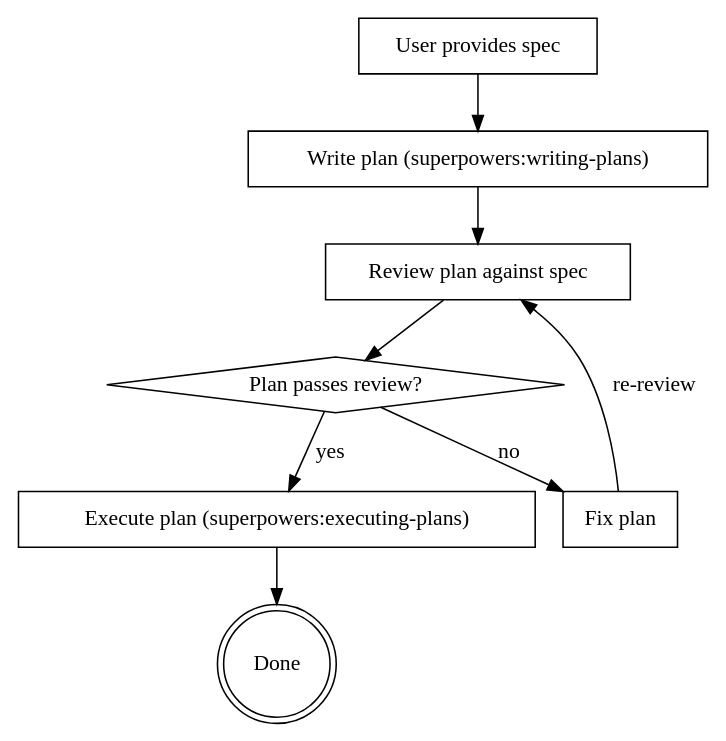
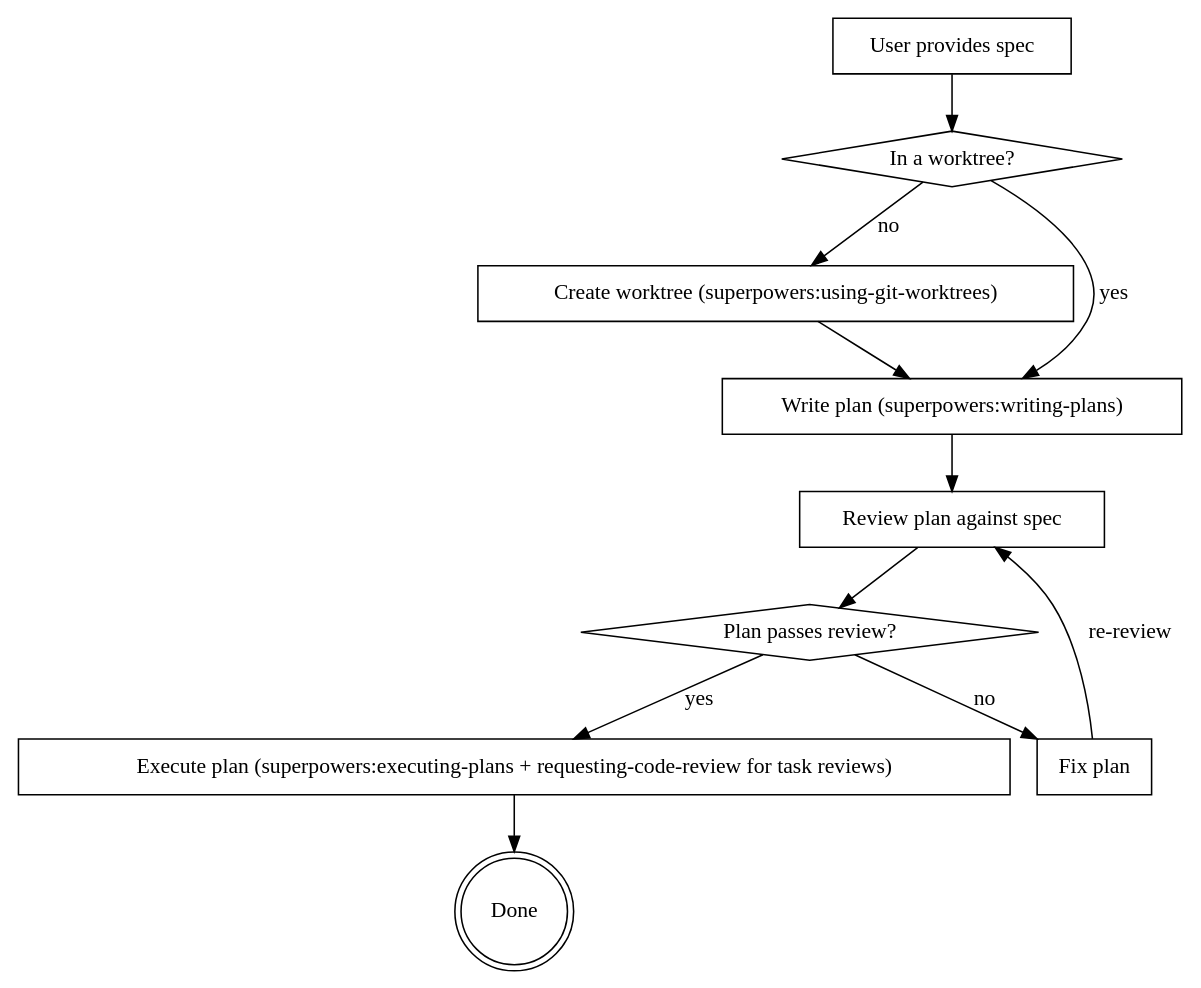
One commit to 35iter-cn/superpowers changed the diagram in skills/implement-specs/SKILL.md. Above: the diagram before and after it, drawn with Graphviz. The commit also changed other lines of this file and 1 other file, not shown here.

Commit message:
Refactor implement-specs Stage 3 to inline execution with complexity-gated subagent reviews

````diff
--- a/skills/implement-specs/SKILL.md
+++ b/skills/implement-specs/SKILL.md
@@ -70,19 +87,24 @@
 ```dot
 digraph pipeline {
     "User provides spec" [shape=box];
+    "In a worktree?" [shape=diamond];
+    "Create worktree (superpowers:using-git-worktrees)" [shape=box];
     "Write plan (superpowers:writing-plans)" [shape=box];
     "Review plan against spec" [shape=box];
     "Plan passes review?" [shape=diamond];
     "Fix plan" [shape=box];
-    "Execute plan (superpowers:executing-plans)" [shape=box];
+    "Execute plan (superpowers:executing-plans + requesting-code-review for task reviews)" [shape=box];
     "Done" [shape=doublecircle];
 
-    "User provides spec" -> "Write plan (superpowers:writing-plans)";
+    "User provides spec" -> "In a worktree?";
+    "In a worktree?" -> "Create worktree (superpowers:using-git-worktrees)" [label="no"];
+    "In a worktree?" -> "Write plan (superpowers:writing-plans)" [label="yes"];
+    "Create worktree (superpowers:using-git-worktrees)" -> "Write plan (superpowers:writing-plans)";
     "Write plan (superpowers:writing-plans)" -> "Review plan against spec";
     "Review plan against spec" -> "Plan passes review?";
     "Plan passes review?" -> "Fix plan" [label="no"];
     "Fix plan" -> "Review plan against spec" [label="re-review"];
-    "Plan passes review?" -> "Execute plan (superpowers:executing-plans)" [label="yes"];
-    "Execute plan (superpowers:executing-plans)" -> "Done";
+    "Plan passes review?" -> "Execute plan (superpowers:executing-plans + requesting-code-review for task reviews)" [label="yes"];
+    "Execute plan (superpowers:executing-plans + requesting-code-review for task reviews)" -> "Done";
 }
 ```
````
